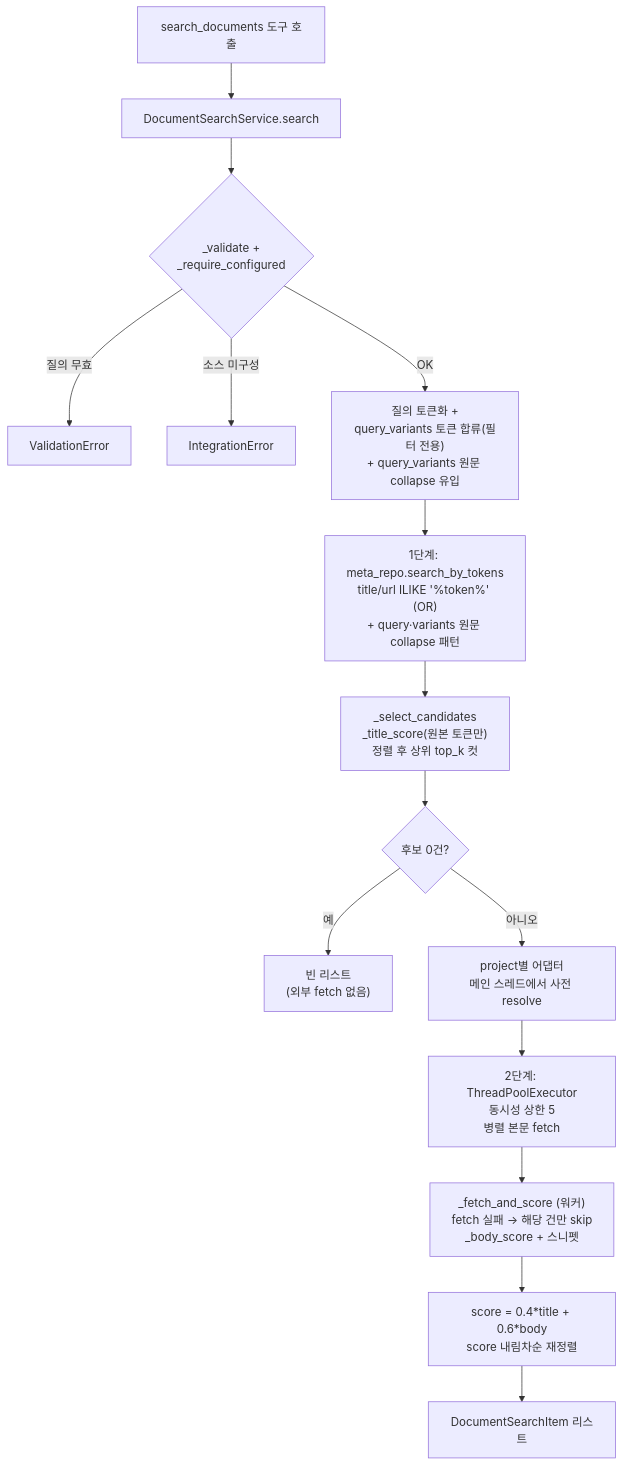
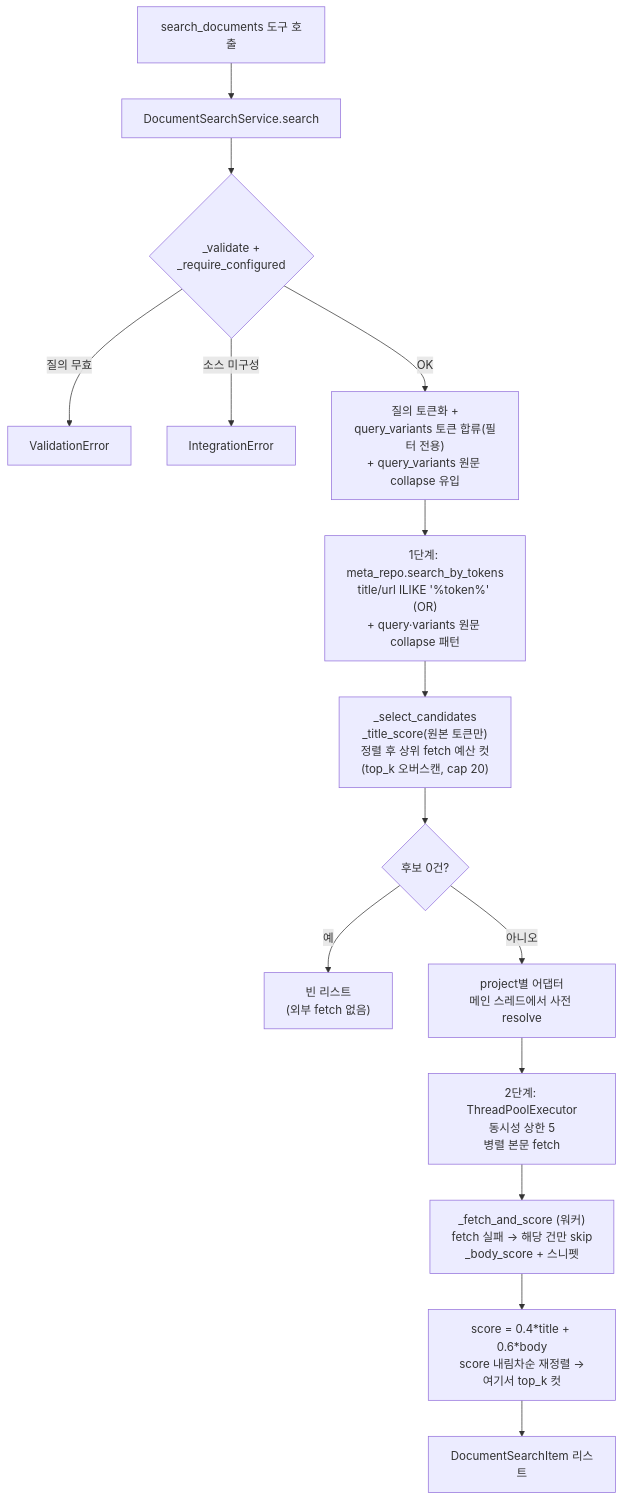
The second of 2 diagrams in docs/search-flow.md (khangte/docs-mcp), drawn with Mermaid before and after one commit. The commit also changed other lines of this file and 3 other files, not shown here.

````diff
--- a/docs/search-flow.md
+++ b/docs/search-flow.md
@@ -122,17 +122,17 @@
 ```mermaid
 flowchart TD
     A["search_documents 도구 호출"] --> B["DocumentSearchService.search"]
     B --> V{"_validate +<br/>_require_configured"}
     V -->|"질의 무효"| ERR1["ValidationError"]
     V -->|"소스 미구성"| ERR2["IntegrationError"]
     V -->|"OK"| T["질의 토큰화 +<br/>query_variants 토큰 합류(필터 전용)<br/>+ query_variants 원문 collapse 유입"]
     T --> S1["1단계: meta_repo.search_by_tokens<br/>title/url ILIKE '%token%' (OR)<br/>+ query·variants 원문 collapse 패턴"]
-    S1 --> SC["_select_candidates<br/>_title_score(원본 토큰만)<br/>정렬 후 상위 top_k 컷"]
+    S1 --> SC["_select_candidates<br/>_title_score(원본 토큰만)<br/>정렬 후 상위 fetch 예산 컷<br/>(top_k 오버스캔, cap 20)"]
     SC --> Z{"후보 0건?"}
     Z -->|"예"| EMPTY["빈 리스트<br/>(외부 fetch 없음)"]
     Z -->|"아니오"| PR["project별 어댑터<br/>메인 스레드에서 사전 resolve"]
     PR --> POOL["2단계: ThreadPoolExecutor<br/>동시성 상한 5<br/>병렬 본문 fetch"]
     POOL --> FS["_fetch_and_score (워커)<br/>fetch 실패 → 해당 건만 skip<br/>_body_score + 스니펫"]
-    FS --> RANK["score = 0.4*title + 0.6*body<br/>score 내림차순 재정렬"]
+    FS --> RANK["score = 0.4*title + 0.6*body<br/>score 내림차순 재정렬 →<br/>여기서 top_k 컷"]
     RANK --> OUT["DocumentSearchItem 리스트"]
 ```
````
